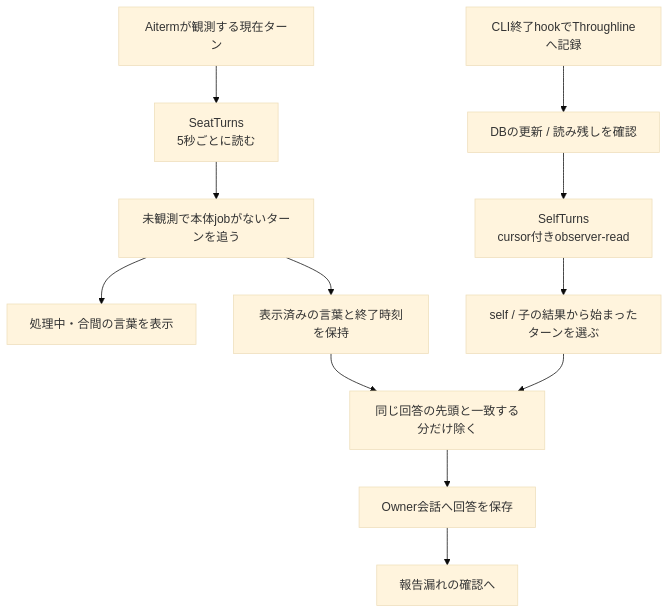
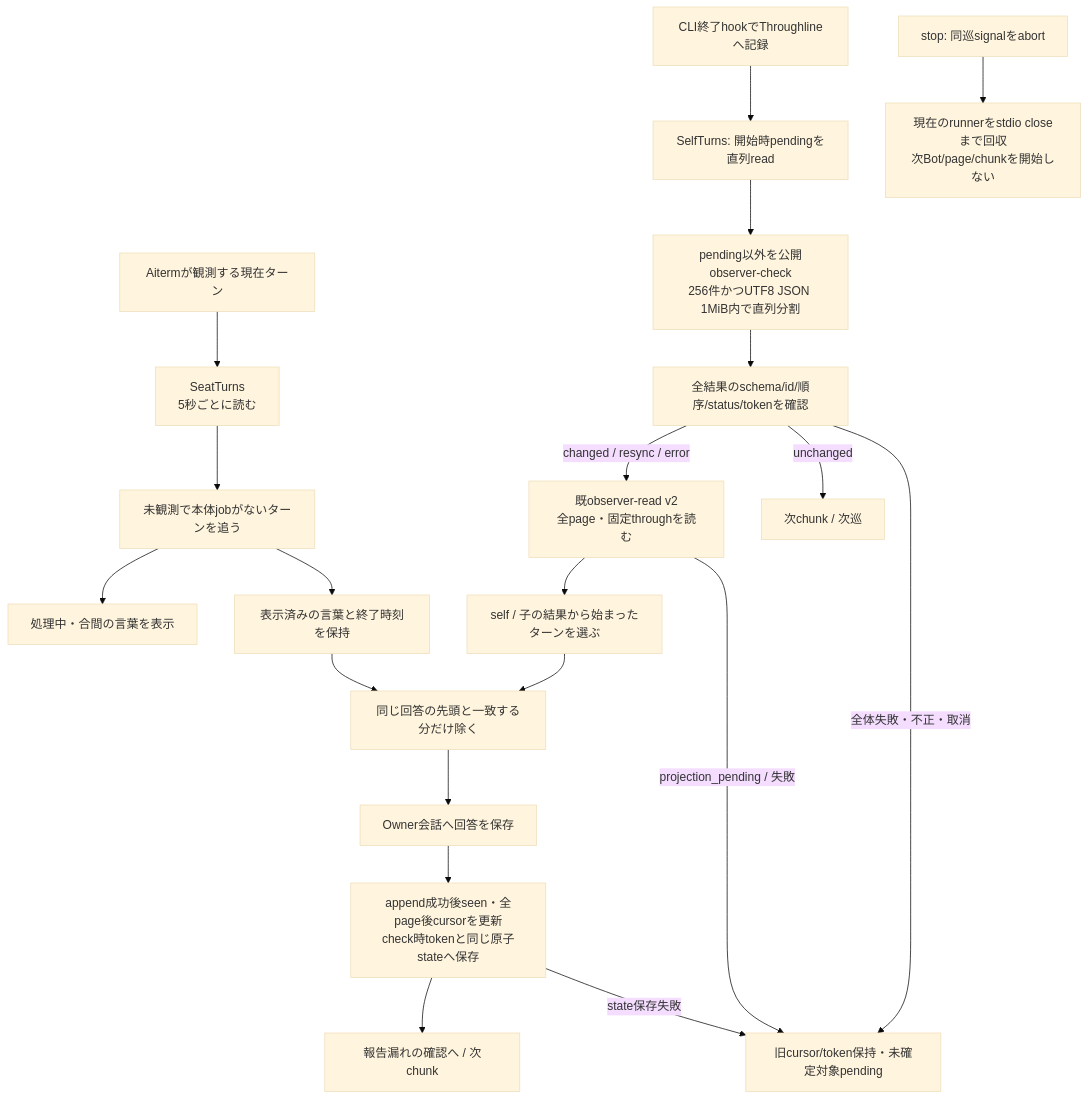
The first of 2 diagrams in docs/architecture/modules/conversation/observation.md (kitepon/BellTeam), drawn with Mermaid (base theme) before and after one commit. The commit also changed other lines of this file and 6 other files, not shown here.

Commit message:
Replace private completion signatures with public observer-check

````diff
--- a/docs/architecture/modules/conversation/observation.md
+++ b/docs/architecture/modules/conversation/observation.md
@@ -7,14 +7,22 @@
 ```mermaid
 flowchart TD
   Native["Aitermが観測する現在ターン"] --> Seat["SeatTurns<br/>5秒ごとに読む"]
   Seat --> Watch["未観測で本体jobがないターンを追う"]
   Watch --> Busy["処理中・合間の言葉を表示"]
   Watch --> Words["表示済みの言葉と終了時刻を保持"]
-  Hook["CLI終了hookでThroughlineへ記録"] --> Changed["DBの更新 / 読み残しを確認"]
-  Changed --> Observer["SelfTurns<br/>cursor付きobserver-read"]
+  Hook["CLI終了hookでThroughlineへ記録"] --> Pending["SelfTurns: 開始時pendingを直列read"]
+  Pending --> Batch["pending以外を公開observer-check<br/>256件かつUTF8 JSON 1MiB内で直列分割"]
+  Batch --> Validate["全結果のschema/id/順序/status/tokenを確認"]
+  Validate -->|"changed / resync / error"| Observer["既observer-read v2<br/>全page・固定throughを読む"]
+  Validate -->|"unchanged"| Next["次chunk / 次巡"]
   Observer --> Origin["self / 子の結果から始まったターンを選ぶ"]
   Words --> Dedup["同じ回答の先頭と一致する分だけ除く"]
   Origin --> Dedup
   Dedup --> Answer["Owner会話へ回答を保存"]
-  Answer --> Check["報告漏れの確認へ"]
+  Answer --> Saved["append成功後seen・全page後cursorを更新<br/>check時tokenと同じ原子stateへ保存"]
+  Saved --> Check["報告漏れの確認へ / 次chunk"]
+  Validate -->|"全体失敗・不正・取消"| Retry["旧cursor/token保持・未確定対象pending"]
+  Observer -->|"projection_pending / 失敗"| Retry
+  Saved -->|"state保存失敗"| Retry
+  Stop["stop: 同巡signalをabort"] --> Collect["現在のrunnerをstdio closeまで回収<br/>次Bot/page/chunkを開始しない"]
 ```
````
